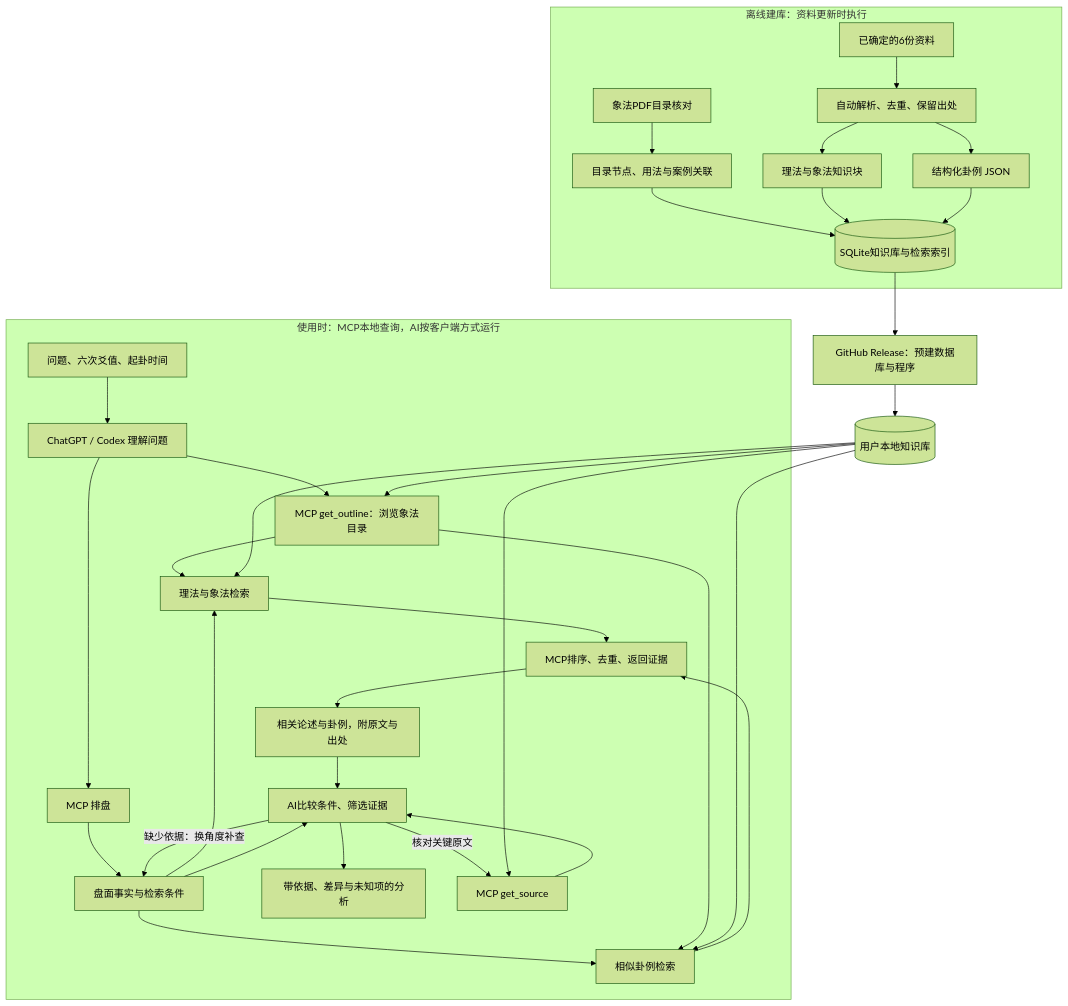
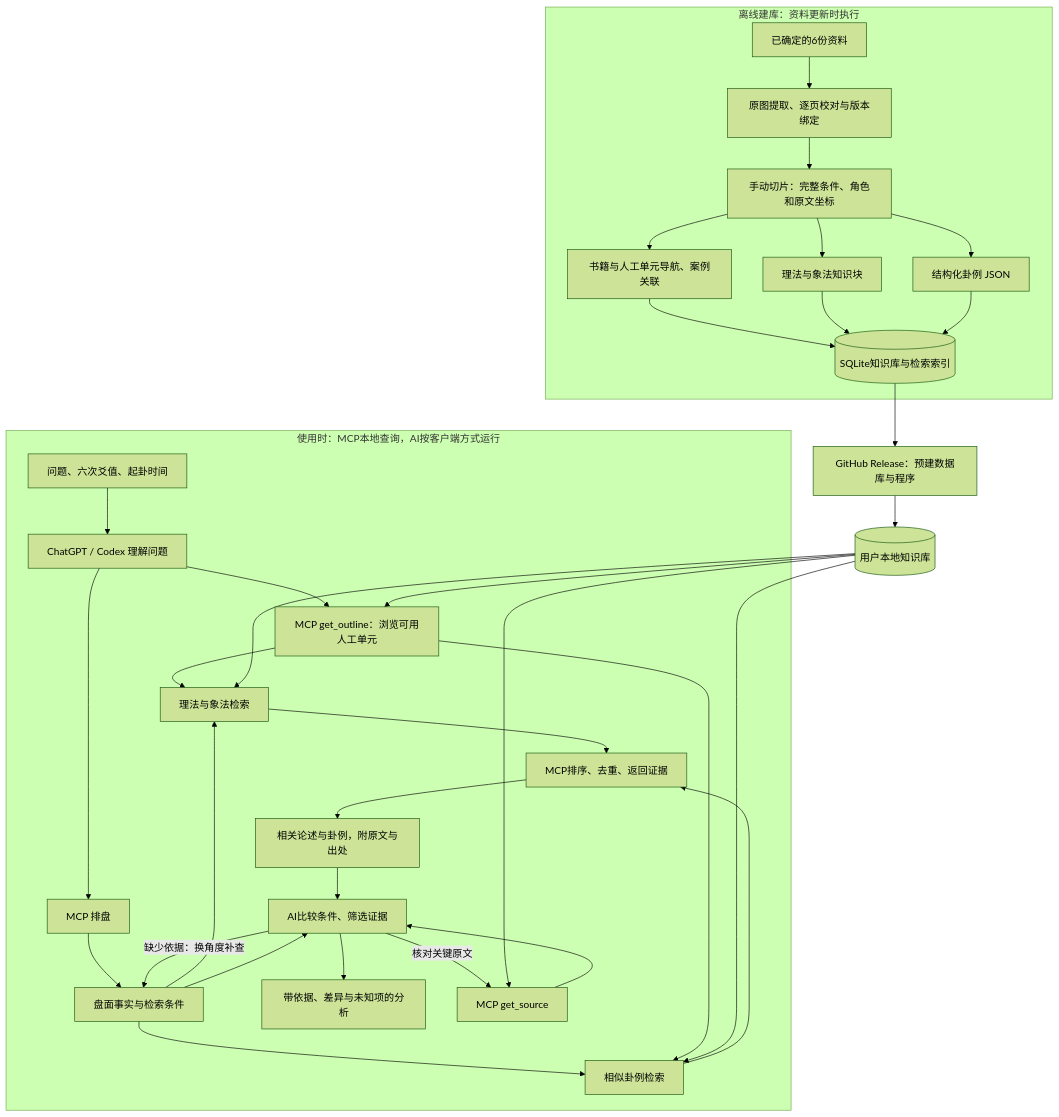
One commit to zhishengyk/liuyao changed the diagram in README.md. Above: the diagram before and after it, drawn with Mermaid (forest theme). The commit also changed other lines of this file and 23 other files, not shown here.

````diff
--- a/README.md
+++ b/README.md
@@ -140,37 +155,38 @@
 ```mermaid
 flowchart TD
     subgraph Build["离线建库：资料更新时执行"]
-        Books["已确定的6份资料"] --> Parse["自动解析、去重、保留出处"]
+        Books["已确定的6份资料"] --> Extract["原图提取、逐页校对与版本绑定"]
+        Extract --> Parse["手动切片：完整条件、角色和原文坐标"]
         Parse --> Rules["理法与象法知识块"]
         Parse --> Cases["结构化卦例 JSON"]
-        PDF["象法PDF目录核对"] --> OutlineDB["目录节点、用法与案例关联"]
+        Parse --> OutlineDB["书籍与人工单元导航、案例关联"]
         OutlineDB --> DB
         Rules --> DB[("SQLite知识库与检索索引")]
         Cases --> DB
     end
     DB --> Release["GitHub Release：预建数据库与程序"]
     Release --> Local[("用户本地知识库")]
     subgraph Use["使用时：MCP本地查询，AI按客户端方式运行"]
         User["问题、六次爻值、起卦时间"] --> AI["ChatGPT / Codex 理解问题"]
         AI --> Chart["MCP 排盘"]
         Chart --> Facts["盘面事实与检索条件"]
         Facts --> RuleSearch["理法与象法检索"]
         Facts --> CaseSearch["相似卦例检索"]
-        AI --> Outline["MCP get_outline：浏览象法目录"]
+        AI --> Outline["MCP get_outline：浏览可用人工单元"]
         Outline --> RuleSearch
         Outline --> CaseSearch
         RuleSearch --> Merge["MCP排序、去重、返回证据"]
         CaseSearch --> Merge
         Merge --> Evidence["相关论述与卦例，附原文与出处"]
         Evidence --> Review["AI比较条件、筛选证据"]
         Facts --> Review
         Review --> Answer["带依据、差异与未知项的分析"]
         Review -->|"缺少依据：换角度补查"| Facts
         Review -->|"核对关键原文"| Source["MCP get_source"]
         Source --> Review
     end
     Local --> RuleSearch
     Local --> CaseSearch
     Local --> Source
     Local --> Outline
 ```
````
